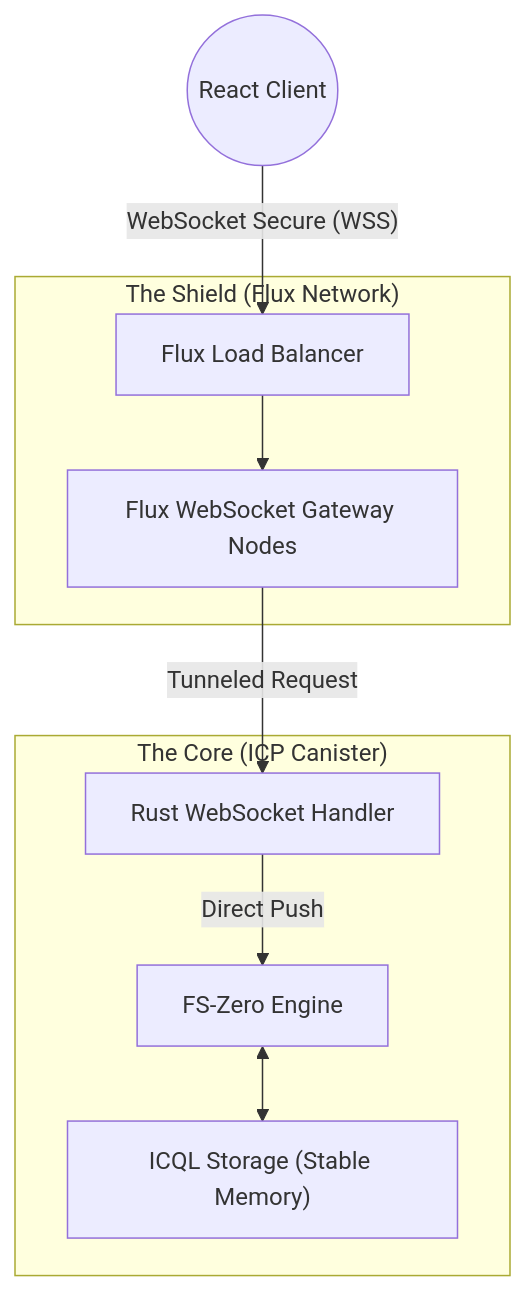
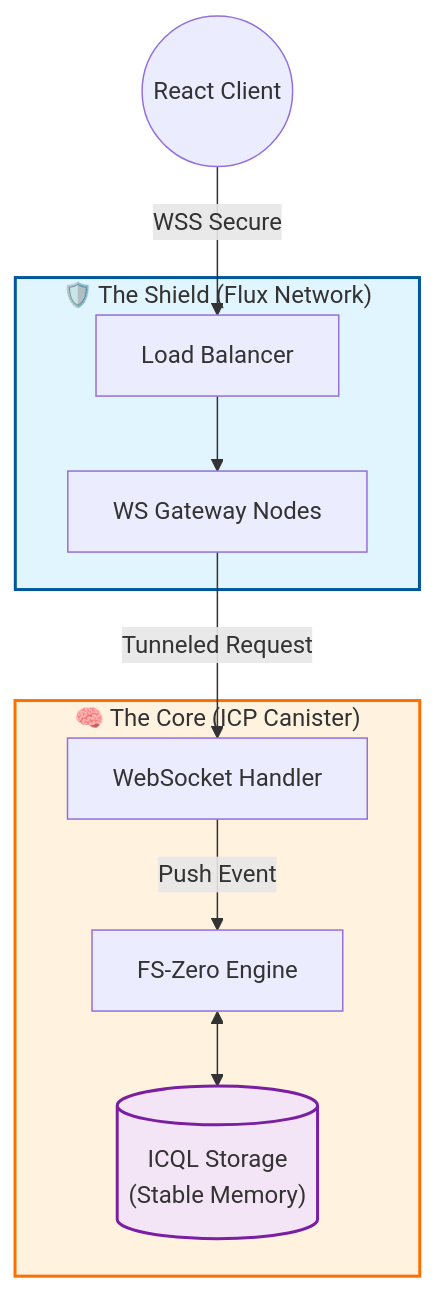
The diagram in README.md (grayfox1011/fs-zero), drawn with Mermaid before and after one commit.

Commit message:
docs: polish mermaid diagram for clarity

````diff
--- a/README.md
+++ b/README.md
@@ -19,21 +19,27 @@
 ```mermaid
 graph TD
     User((React Client))
     
-    subgraph "The Shield (Flux Network)"
-        FluxLB[Flux Load Balancer]
-        FluxNodes[Flux WebSocket Gateway Nodes]
+    subgraph Infrastructure ["🛡️ The Shield (Flux Network)"]
+        FluxLB[Load Balancer]
+        FluxNodes[WS Gateway Nodes]
     end
 
-    subgraph "The Core (ICP Canister)"
-        WS[Rust WebSocket Handler]
+    subgraph Canister ["🧠 The Core (ICP Canister)"]
+        WS[WebSocket Handler]
         Engine[FS-Zero Engine]
-        ICQL["ICQL Storage (Stable Memory)"]
+        ICQL[("ICQL Storage<br/>(Stable Memory)")]
     end
 
-    User -- "WebSocket Secure (WSS)" --> FluxLB
+    %% Connections
+    User -- "WSS Secure" --> FluxLB
     FluxLB --> FluxNodes
     FluxNodes -- "Tunneled Request" --> WS
-    WS -- "Direct Push" --> Engine
+    WS -- "Push Event" --> Engine
     Engine <--> ICQL
+    
+    %% Styling
+    style Infrastructure fill:#e1f5fe,stroke:#01579b,stroke-width:2px
+    style Canister fill:#fff3e0,stroke:#ff6f00,stroke-width:2px
+    style ICQL fill:#f3e5f5,stroke:#7b1fa2,stroke-width:2px
 ```
````
